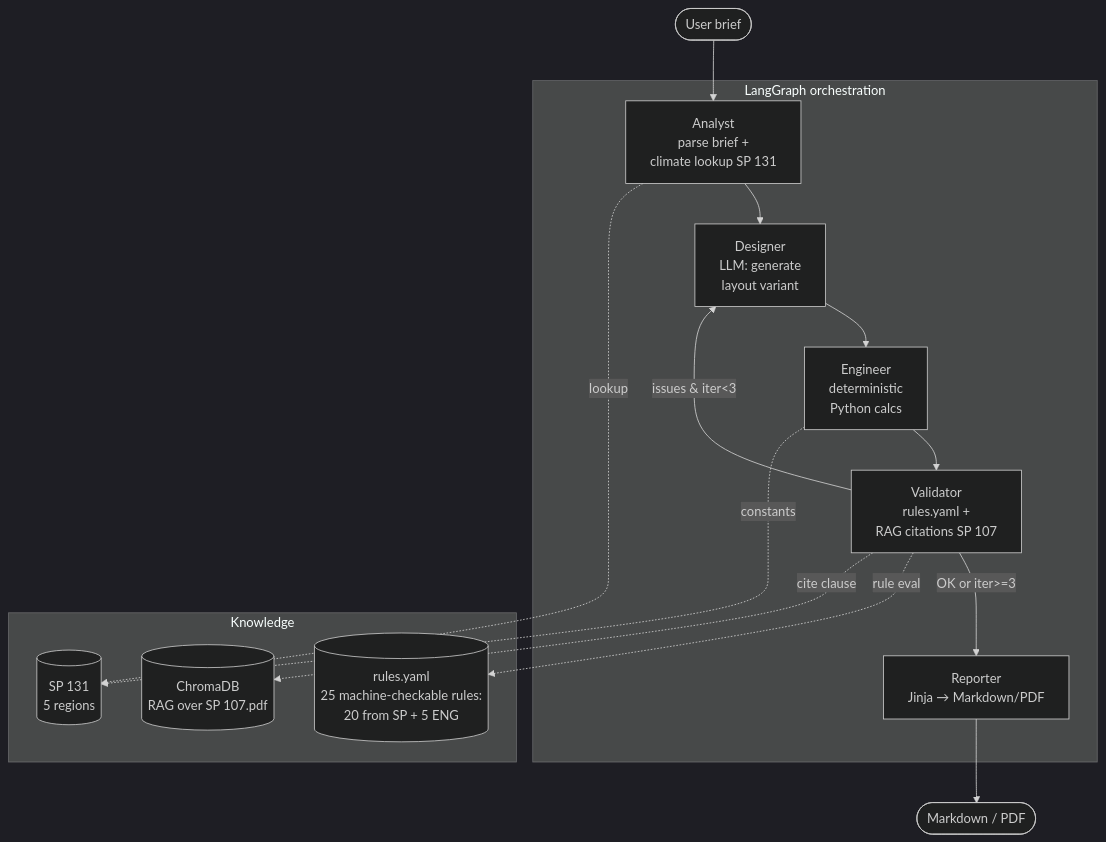
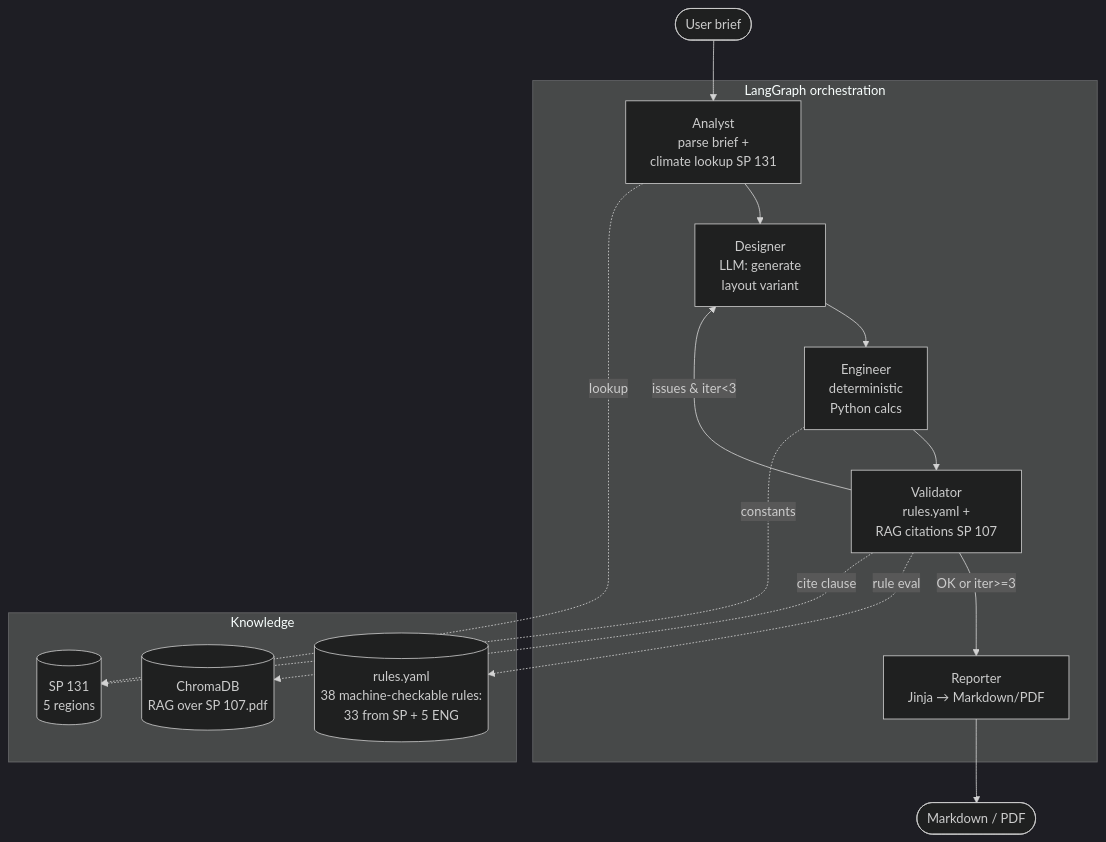
The diagram in README.en.md (JukPelme/agro-greenhouse-designer), drawn with Mermaid (dark theme) before and after one commit. The commit also changed other lines of this file and 17 other files, not shown here.

````diff
--- a/README.en.md
+++ b/README.en.md
@@ -44,31 +44,31 @@
 ```mermaid
 flowchart TD
     Brief([User brief]) --> Analyst
 
     subgraph Graph[LangGraph orchestration]
         Analyst[Analyst<br/>parse brief +<br/>climate lookup SP 131]
         Designer[Designer<br/>LLM: generate<br/>layout variant]
         Engineer[Engineer<br/>deterministic<br/>Python calcs]
         Validator[Validator<br/>rules.yaml +<br/>RAG citations SP 107]
         Reporter[Reporter<br/>Jinja → Markdown/PDF]
 
         Analyst --> Designer
         Designer --> Engineer
         Engineer --> Validator
         Validator -- issues & iter<3 --> Designer
         Validator -- OK or iter>=3 --> Reporter
     end
 
     subgraph Knowledge
-        Rules[(rules.yaml<br/>25 machine-checkable rules:<br/>20 from SP + 5 ENG)]
+        Rules[(rules.yaml<br/>38 machine-checkable rules:<br/>33 from SP + 5 ENG)]
         Climate[(SP 131<br/>5 regions)]
         SPIndex[(ChromaDB<br/>RAG over SP 107.pdf)]
     end
 
     Analyst -.->|lookup| Climate
     Engineer -.->|constants| Climate
     Validator -.->|rule eval| Rules
     Validator -.->|cite clause| SPIndex
 
     Reporter --> Report([Markdown / PDF])
 ```
````
